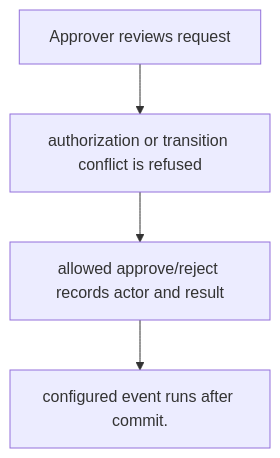
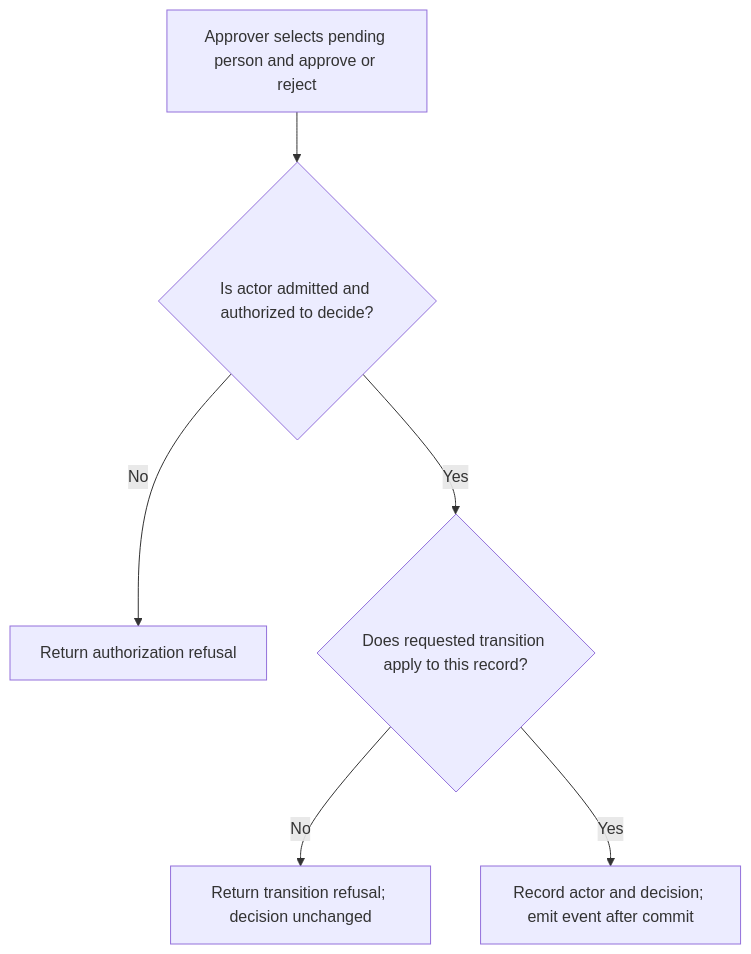
One commit to Kevinjohn/oss-adonisjs-account-kit changed the first of 2 diagrams in user-stories/US-ACCOUNT-26-decide-admission.md. Above: the diagram before and after it, drawn with Mermaid. The commit also changed other lines of this file and 29 other files, not shown here.

````diff
--- a/user-stories/US-ACCOUNT-26-decide-admission.md
+++ b/user-stories/US-ACCOUNT-26-decide-admission.md
@@ -20,10 +18,8 @@
 ```mermaid
 flowchart TD
-    U0["Approver reviews request"]
-    U1["authorization or transition conflict is refused"]
-    U0 --> U1
-    U2["allowed approve/reject records actor and result"]
-    U1 --> U2
-    U3["configured event runs after commit."]
-    U2 --> U3
+ A["Approver selects pending person and approve or reject"] --> B{"Is actor admitted and authorized to decide?"}
+ B -->|No| C["Return authorization refusal"]
+ B -->|Yes| D{"Does requested transition apply to this record?"}
+ D -->|No| E["Return transition refusal; decision unchanged"]
+ D -->|Yes| F["Record actor and decision; emit event after commit"]
 ```
````
